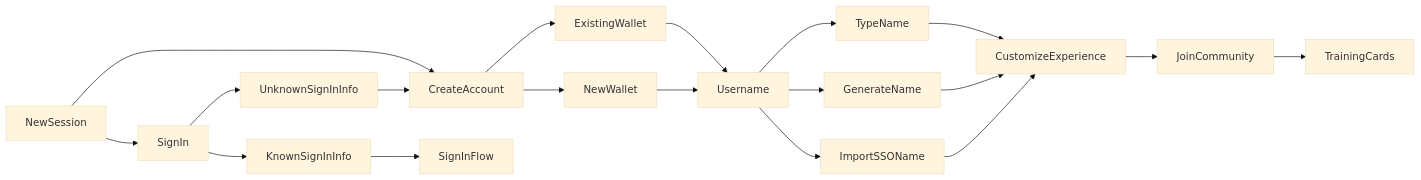
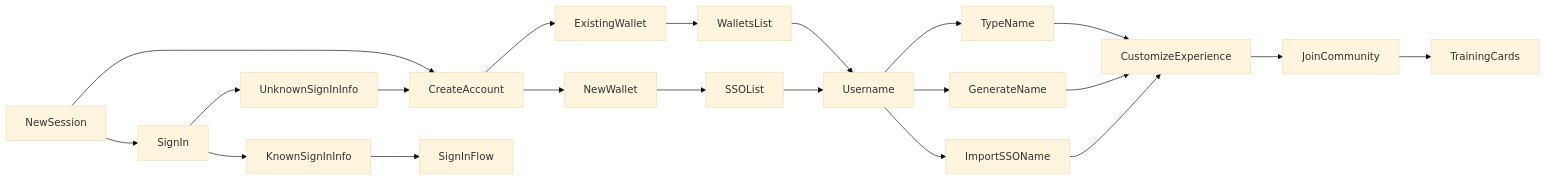
One commit to hicommonwealth/commonwealth changed the second of 2 diagrams in knowledge_base/Web-Wallets.md. Above: the diagram before and after it, drawn with Mermaid (base theme).

Commit message:
Update Mermaid flow

````diff
--- a/knowledge_base/Web-Wallets.md
+++ b/knowledge_base/Web-Wallets.md
@@ -92,28 +92,32 @@
 ```mermaid
 flowchart LR
     NewSession --> SignIn
     NewSession --> CreateAccount
 
     SignIn --> KnownSignInInfo
     SignIn --> UnknownSignInInfo
+    
     KnownSignInInfo --> SignInFlow
     UnknownSignInInfo --> CreateAccount
 
     CreateAccount --> ExistingWallet
     CreateAccount --> NewWallet
 
-    ExistingWallet --> Username
-    NewWallet --> Username
+    ExistingWallet --> WalletsList
+    NewWallet --> SSOList
+
+    WalletsList --> Username
+    SSOList --> Username
 
     Username --> TypeName
     Username --> GenerateName
     Username --> ImportSSOName
 
     TypeName --> CustomizeExperience
     GenerateName --> CustomizeExperience
     ImportSSOName --> CustomizeExperience
 
     CustomizeExperience --> JoinCommunity
 
     JoinCommunity --> TrainingCards
 ```
````
